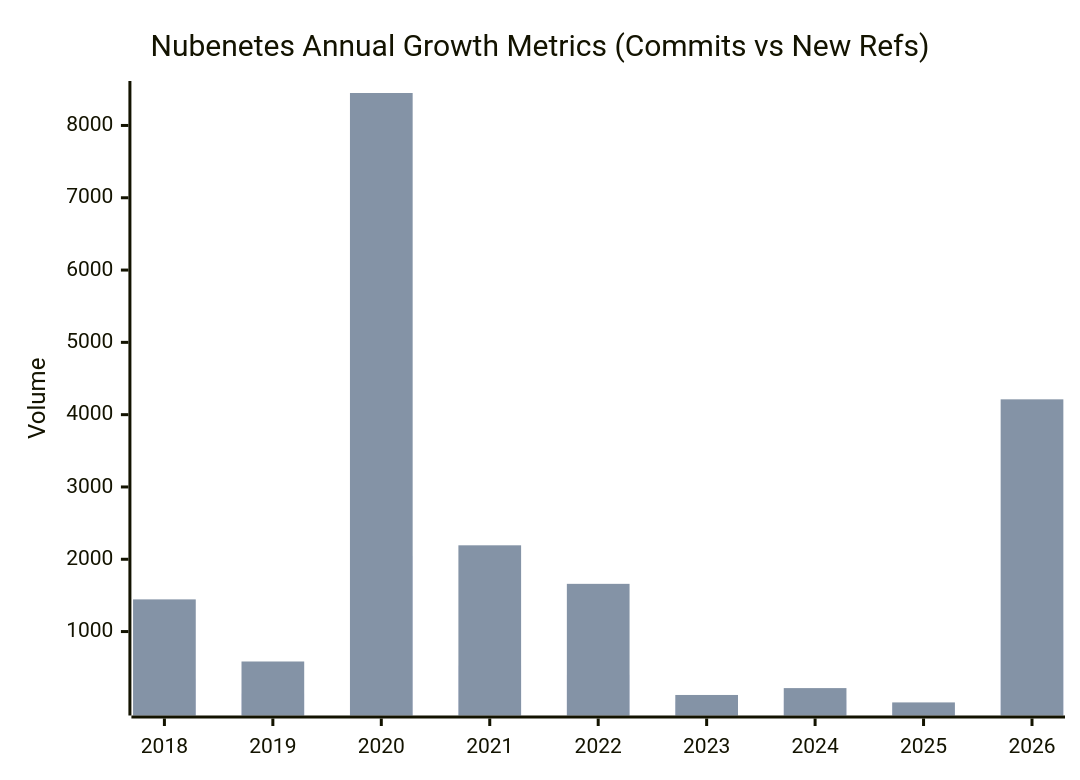
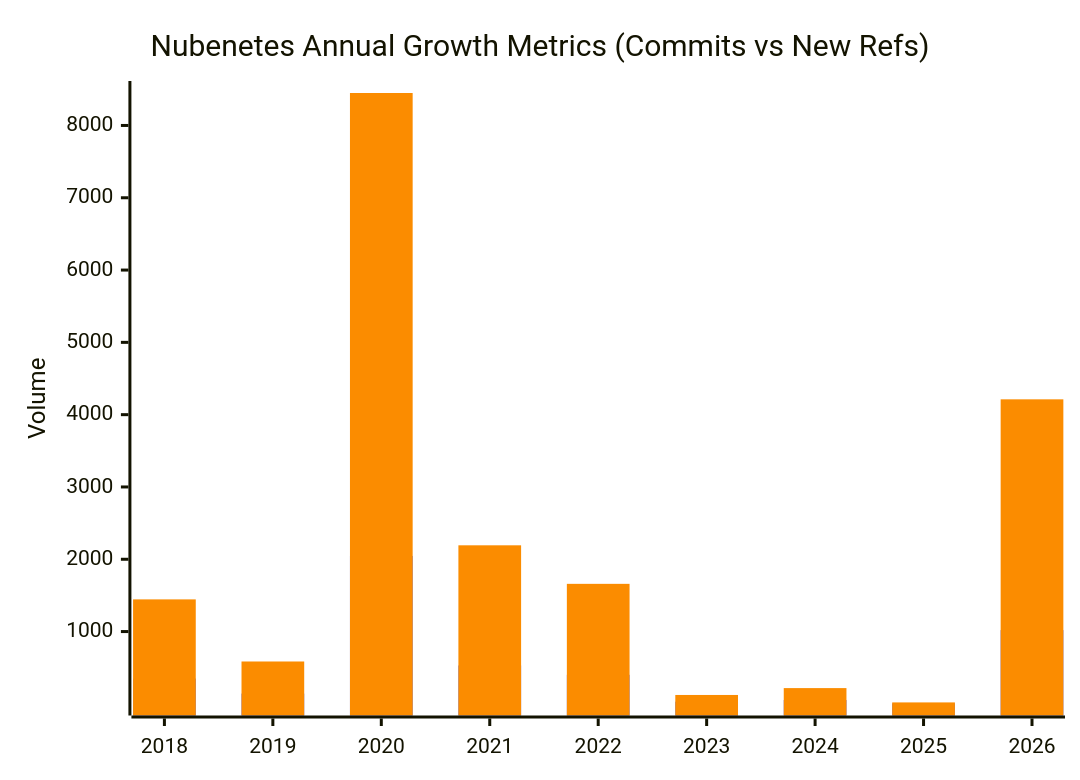
One commit to nubenetes/awesome-kubernetes changed the first of 11 diagrams in README.md. Above: the diagram before and after it, drawn with Mermaid. The commit also changed 1 other file, not shown here.

Commit message:
docs: fix Mermaid xychart-beta bar colors in README.md

````diff
--- a/README.md
+++ b/README.md
@@ -170,8 +170,14 @@
 ```mermaid
+---
+config:
+  themeVariables:
+    xyChart:
+      plotColorPalette: "#5462eb, #fb8c00"
+---
 xychart-beta
     title "Nubenetes Annual Growth Metrics (Commits vs New Refs)"
     x-axis ["2018", "2019", "2020", "2021", "2022", "2023", "2024", "2025", "2026"]
     y-axis "Volume"
     bar [350, 142, 2046, 531, 402, 30, 53, 5, 1020]
     bar [1445, 586, 8449, 2193, 1660, 123, 218, 20, 4212]
 ```
````
